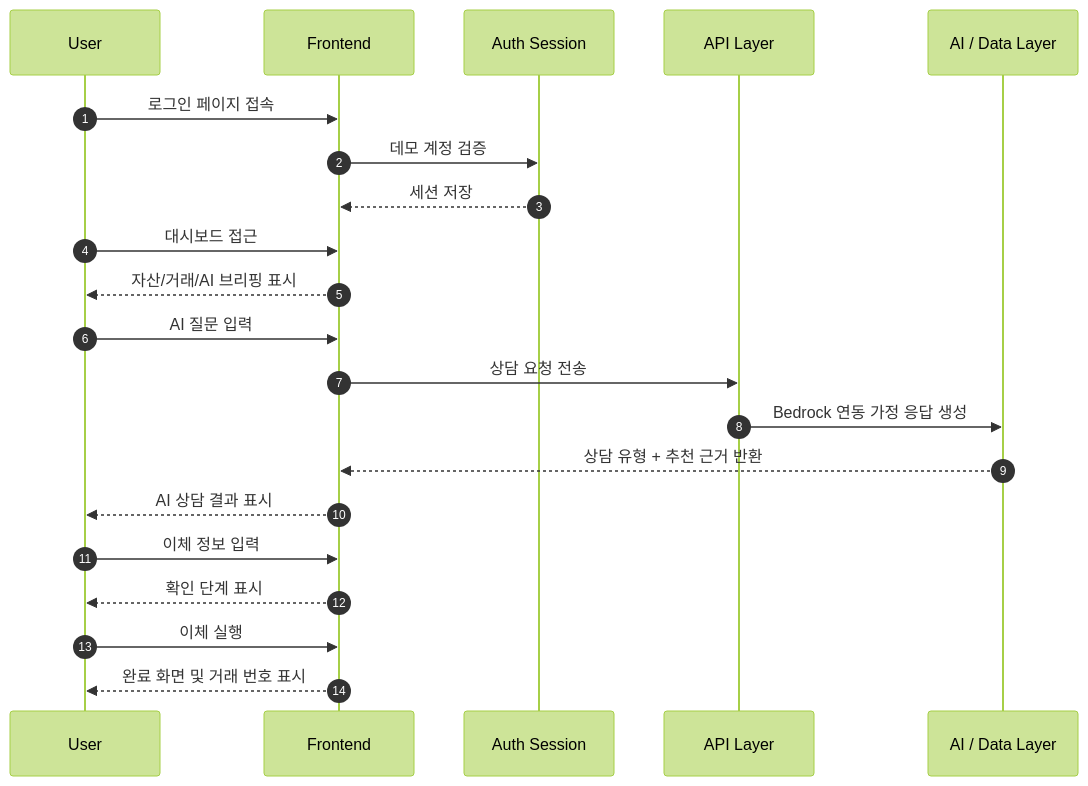
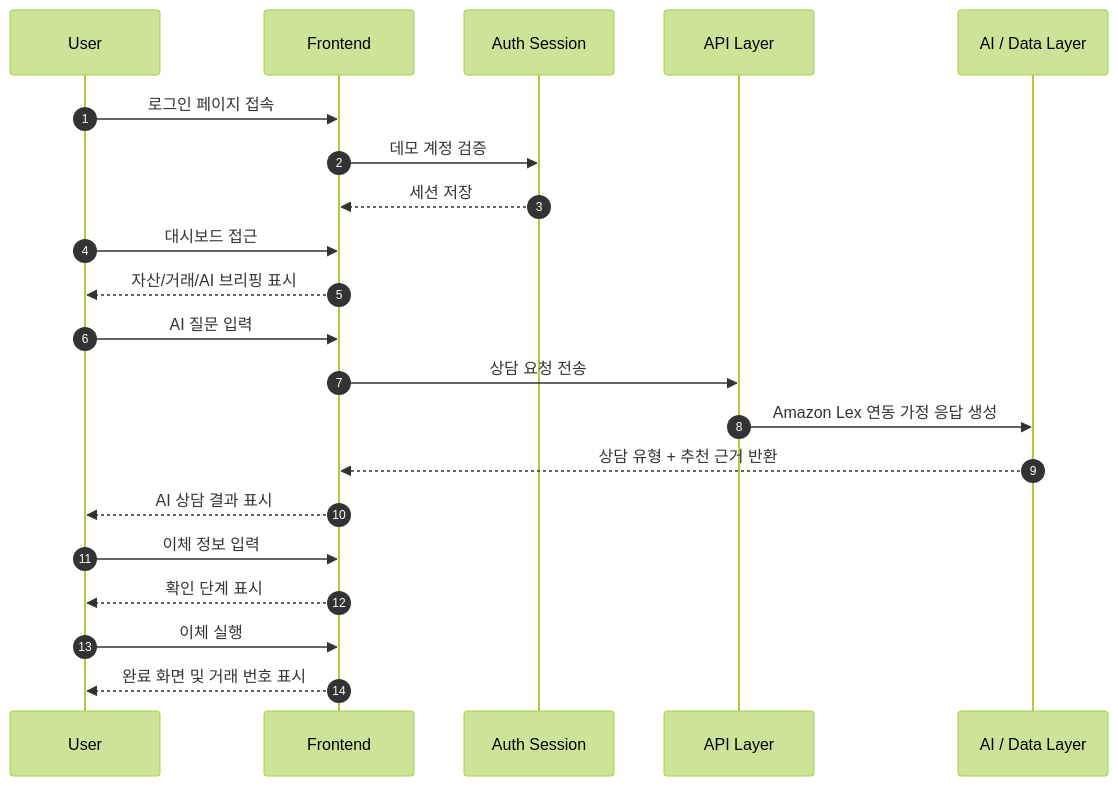
The third of 3 diagrams in README.md (speed6569-pixel/BankFlow), drawn with Mermaid (forest theme) before and after one commit. The commit also changed other lines of this file and 8 other files, not shown here.

````diff
--- a/README.md
+++ b/README.md
@@ -152,24 +192,24 @@
 ```mermaid
 sequenceDiagram
     autonumber
     participant U as User
     participant FE as Frontend
     participant AU as Auth Session
     participant API as API Layer
     participant AI as AI / Data Layer
 
     U->>FE: 로그인 페이지 접속
     FE->>AU: 데모 계정 검증
     AU-->>FE: 세션 저장
     U->>FE: 대시보드 접근
     FE-->>U: 자산/거래/AI 브리핑 표시
     U->>FE: AI 질문 입력
     FE->>API: 상담 요청 전송
-    API->>AI: Bedrock 연동 가정 응답 생성
+    API->>AI: Amazon Lex 연동 가정 응답 생성
     AI-->>FE: 상담 유형 + 추천 근거 반환
     FE-->>U: AI 상담 결과 표시
     U->>FE: 이체 정보 입력
     FE-->>U: 확인 단계 표시
     U->>FE: 이체 실행
     FE-->>U: 완료 화면 및 거래 번호 표시
 ```
````
